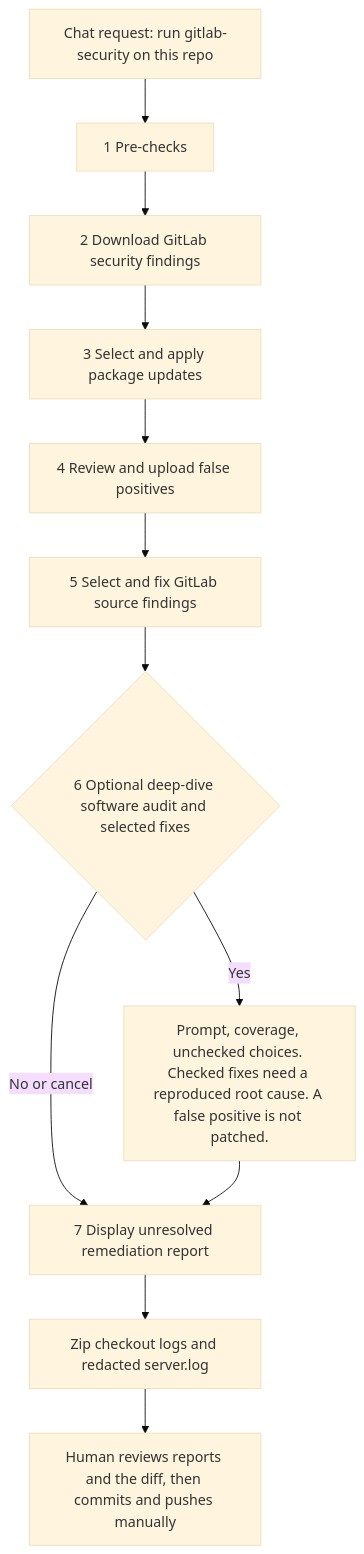
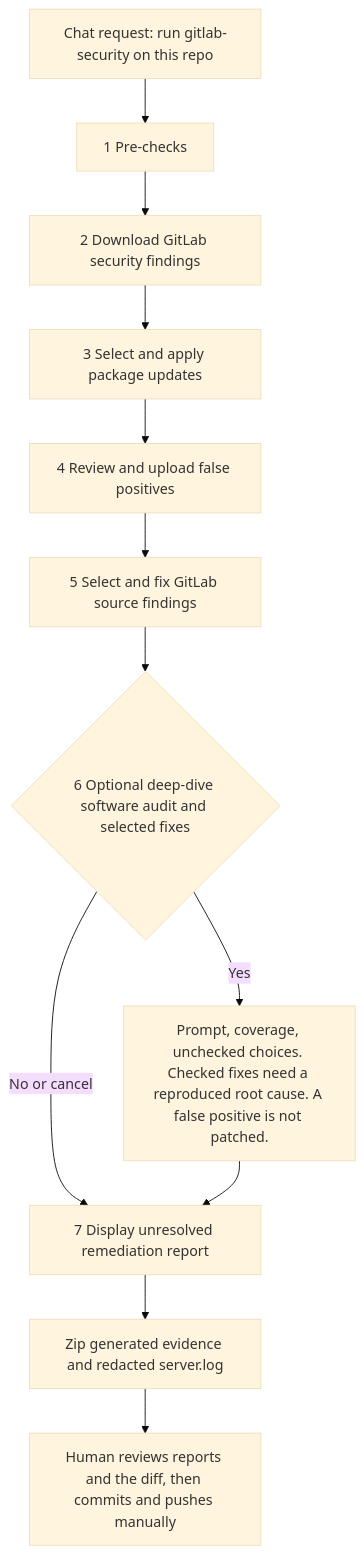
Before and after one commit to jprejsnar/security-mcp-fixer: the first of 7 diagrams in README.md, drawn with Mermaid (base theme). The commit also changed other lines of this file and 24 other files, not shown here.

````diff
--- a/README.md
+++ b/README.md
@@ -643,14 +643,14 @@
 ```mermaid
 flowchart TD
   request["Chat request: run gitlab-security on this repo"] --> j1["1 Pre-checks"]
   j1 --> j2["2 Download GitLab security findings"]
   j2 --> j3["3 Select and apply package updates"]
   j3 --> j4["4 Review and upload false positives"]
   j4 --> j5["5 Select and fix GitLab source findings"]
   j5 --> j6{"6 Optional deep-dive software audit and selected fixes"}
   j6 -->|Yes| audit["Prompt, coverage, unchecked choices. Checked fixes need a reproduced root cause. A false positive is not patched."]
   j6 -->|No or cancel| j7["7 Display unresolved remediation report"]
   audit --> j7
-  j7 --> zip["Zip checkout logs and redacted server.log"]
+  j7 --> zip["Zip generated evidence and redacted server.log"]
   zip --> human["Human reviews reports and the diff, then commits and pushes manually"]
 ```
````
